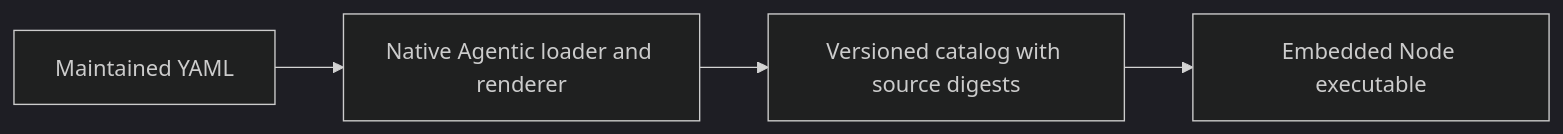
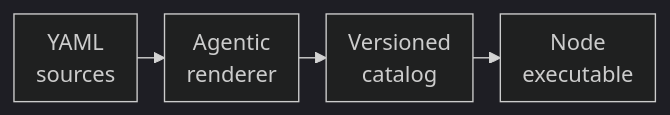
Before and after one commit to fireflyframework/firefly-agent-bridge: the diagram in docs/prompts.md, drawn with Mermaid (dark theme).

Commit message:
Keep prompt pipeline diagrams readable on mobile

````diff
--- a/docs/prompts.md
+++ b/docs/prompts.md
@@ -11,6 +11,7 @@
 ```mermaid
+%%{init: {"flowchart": {"rankSpacing": 20, "padding": 8}}}%%
 flowchart LR
-  A[Maintained YAML] --> B[Native Agentic loader and renderer]
-  B --> C[Versioned catalog with source digests]
-  C --> D[Embedded Node executable]
+  A["YAML<br/>sources"] --> B["Agentic<br/>renderer"]
+  B --> C["Versioned<br/>catalog"]
+  C --> D["Node<br/>executable"]
 ```
````
